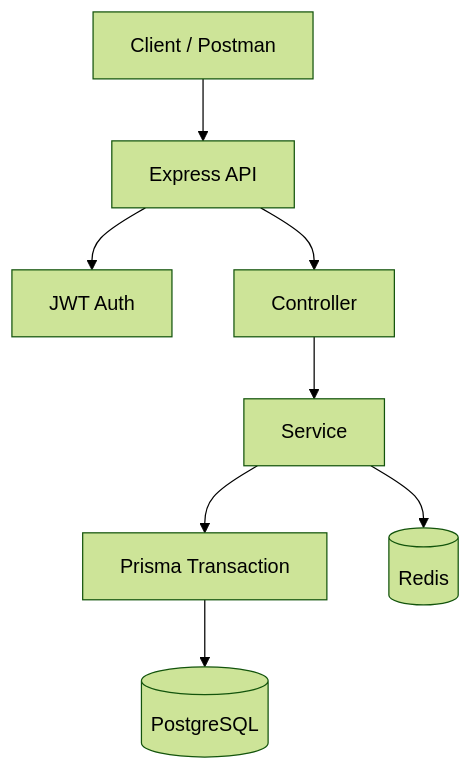
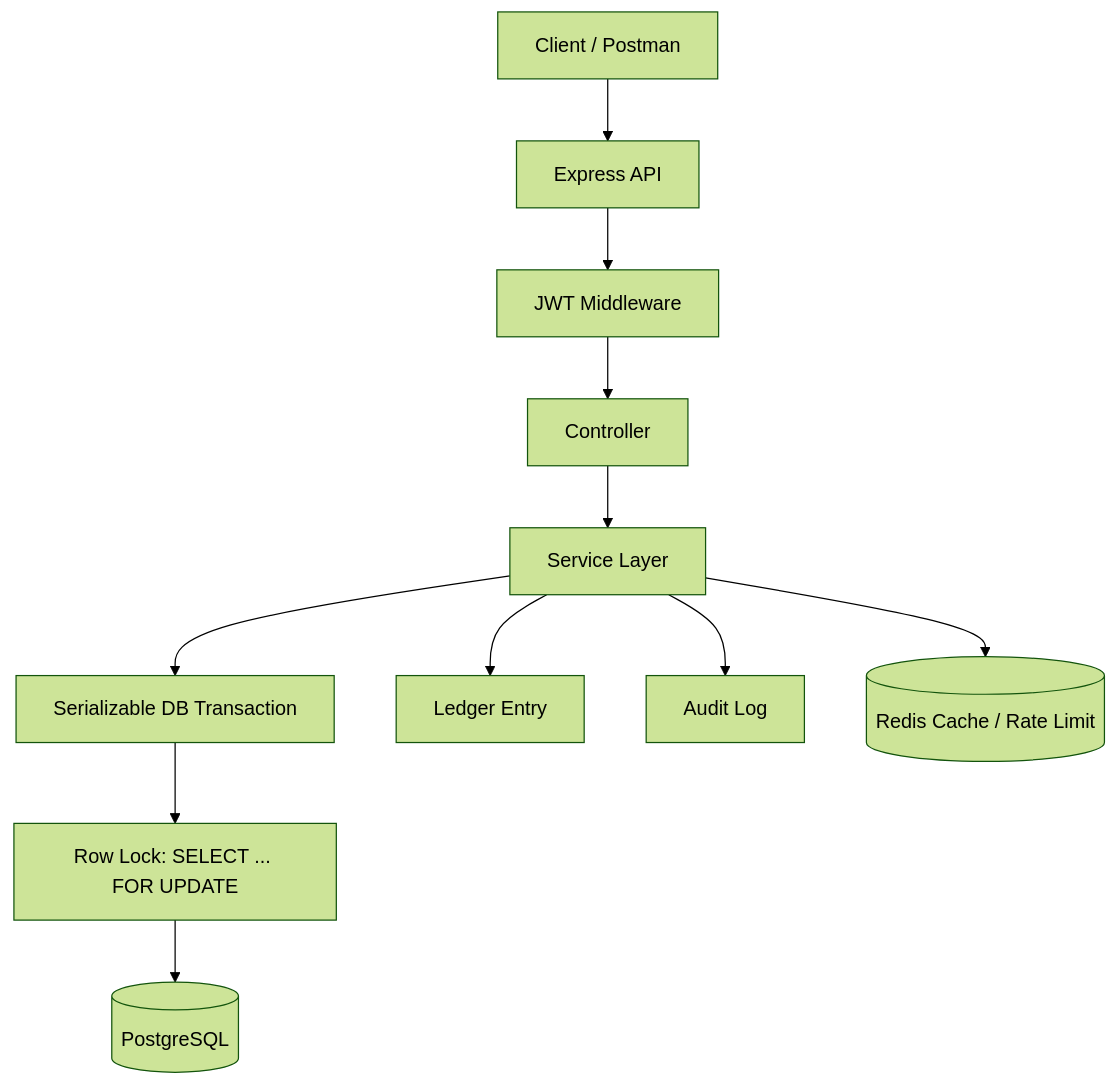
Before and after one commit to dushyant4665/bankingsystem: the diagram in README.md, drawn with Mermaid (forest theme). The commit also changed other lines of this file and 2 other files, not shown here.

Commit message:
Harden ledger transactions and update README

````diff
--- a/README.md
+++ b/README.md
@@ -16,10 +30,13 @@
 ```mermaid
 flowchart TD
   Client[Client / Postman] --> API[Express API]
-  API --> Auth[JWT Auth]
-  API --> Ctrl[Controller]
-  Ctrl --> Svc[Service]
-  Svc --> Tx[Prisma Transaction]
-  Tx --> PG[(PostgreSQL)]
-  Svc --> Redis[(Redis)]
+  API --> JWT[JWT Middleware]
+  JWT --> Ctrl[Controller]
+  Ctrl --> Svc[Service Layer]
+  Svc --> Tx[Serializable DB Transaction]
+  Tx --> Lock[Row Lock: SELECT ... FOR UPDATE]
+  Lock --> PG[(PostgreSQL)]
+  Svc --> Ledger[Ledger Entry]
+  Svc --> Audit[Audit Log]
+  Svc --> Redis[(Redis Cache / Rate Limit)]
 ```
````
